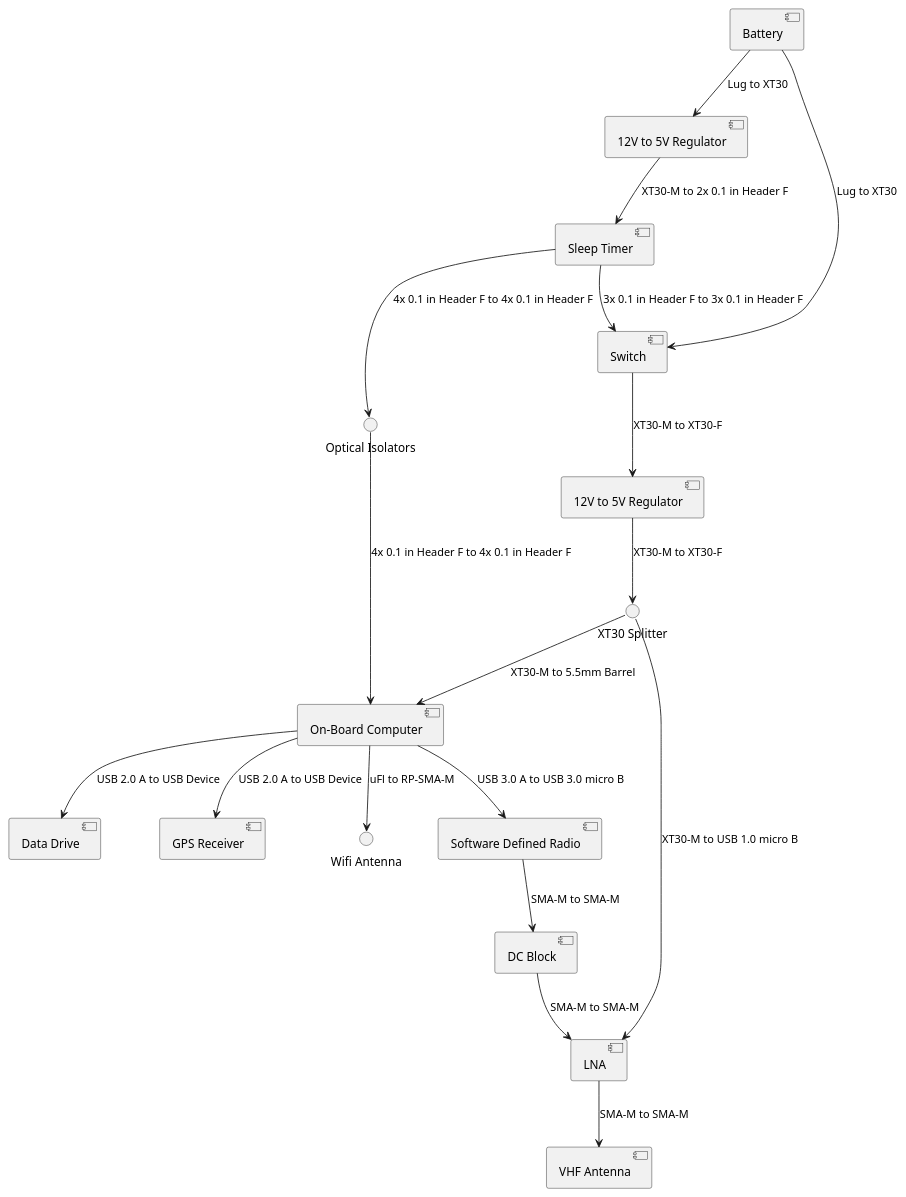
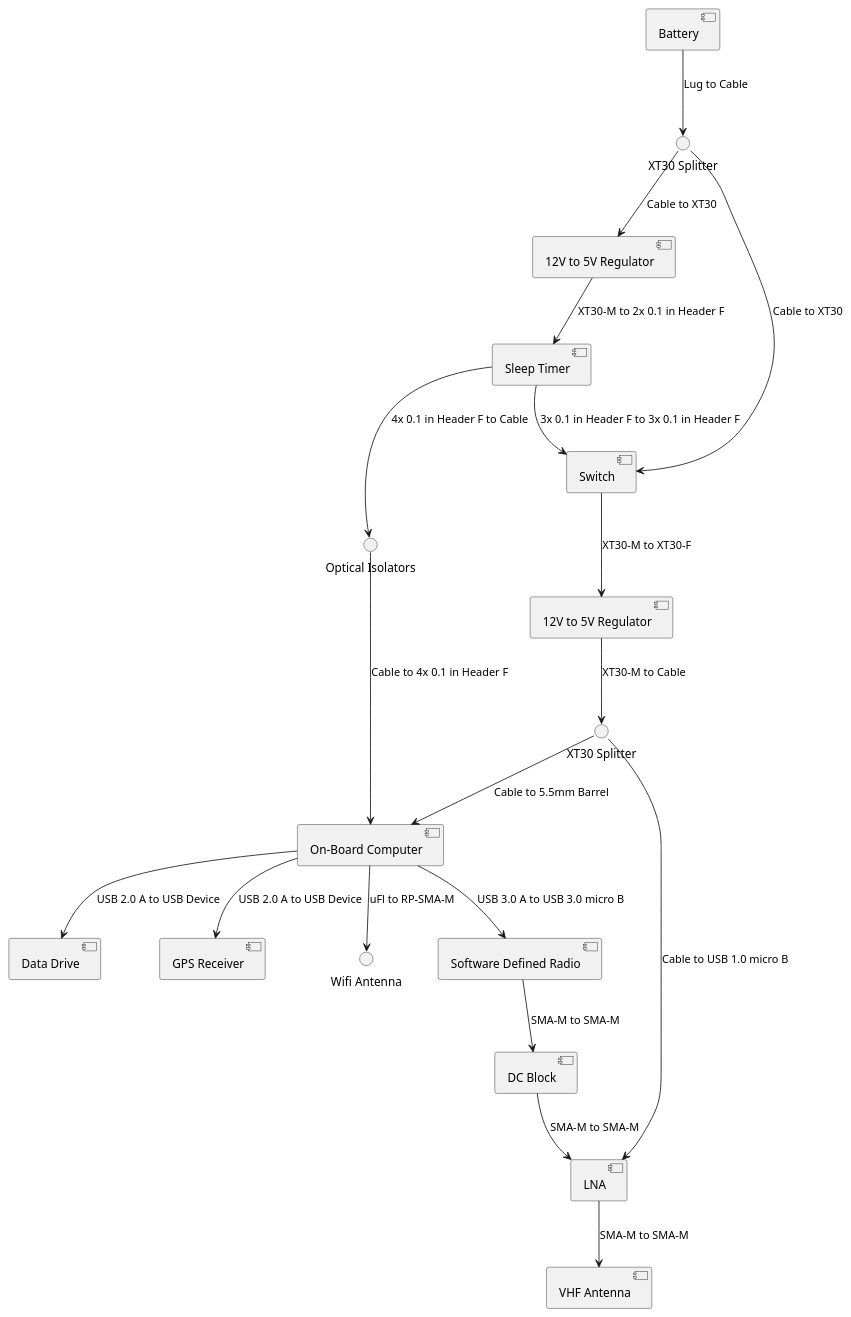
One commit to UCSD-E4E/rct-collard-lizard-docs changed the second of 2 diagrams in design/system_diagram.puml. Above: the diagram before and after it, drawn with PlantUML. The commit also changed 1 other file, not shown here.

Commit message:
Updated cable descriptions

```diff
--- a/design/system_diagram.puml
+++ b/design/system_diagram.puml
@@ -25,36 +25,38 @@
 @startuml Radio Collar Tracker: Collared Lizard Wiring Diagram
 [Software Defined Radio] as SDR
 [On-Board Computer] as OBC
 [VHF Antenna] as ANT
 [LNA] as LNA
 [DC Block] as DCB
 [Data Drive] as USB
 [GPS Receiver] as GPS
 [Sleep Timer] as ST
 [Battery] as BATT
 [12V to 5V Regulator] as PRIMARY_REG
 [12V to 5V Regulator] as PERSISTENT_REG
 [Switch] as SWITCH
 
 interface "Wifi Antenna" as WIFI_ANT
 interface "Optical Isolators" as OPTO
 interface "XT30 Splitter" as XT30_SPLIT
+interface "XT30 Splitter" as BATTERY_SPLITTER
 
 OBC --> SDR : USB 3.0 A to USB 3.0 micro B
 LNA --> ANT : SMA-M to SMA-M
 DCB --> LNA : SMA-M to SMA-M
 SDR --> DCB : SMA-M to SMA-M
 OBC --> WIFI_ANT : uFl to RP-SMA-M
 OBC --> USB : USB 2.0 A to USB Device
-PRIMARY_REG --> XT30_SPLIT : XT30-M to XT30-F
-XT30_SPLIT --> OBC : XT30-M to 5.5mm Barrel
-XT30_SPLIT --> LNA : XT30-M to USB 1.0 micro B
-BATT --> SWITCH : Lug to XT30
+PRIMARY_REG --> XT30_SPLIT : XT30-M to Cable
+XT30_SPLIT --> OBC : Cable to 5.5mm Barrel
+XT30_SPLIT --> LNA : Cable to USB 1.0 micro B
+BATTERY_SPLITTER --> SWITCH : Cable to XT30
 SWITCH --> PRIMARY_REG : XT30-M to XT30-F
 ST --> SWITCH : 3x 0.1 in Header F to 3x 0.1 in Header F
-OPTO --> OBC : 4x 0.1 in Header F to 4x 0.1 in Header F
-ST --> OPTO : 4x 0.1 in Header F to 4x 0.1 in Header F
+OPTO --> OBC : Cable to 4x 0.1 in Header F
+ST --> OPTO : 4x 0.1 in Header F to Cable
 PERSISTENT_REG --> ST : XT30-M to 2x 0.1 in Header F
-BATT --> PERSISTENT_REG : Lug to XT30
+BATTERY_SPLITTER --> PERSISTENT_REG : Cable to XT30
 OBC --> GPS : USB 2.0 A to USB Device
+BATT --> BATTERY_SPLITTER : Lug to Cable
 @enduml
```
